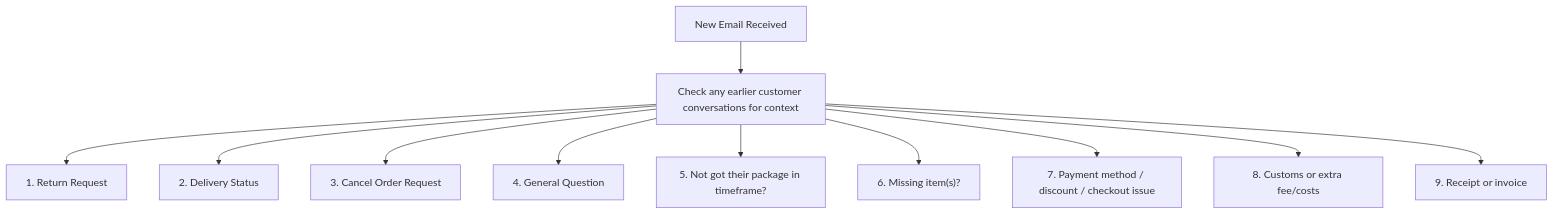
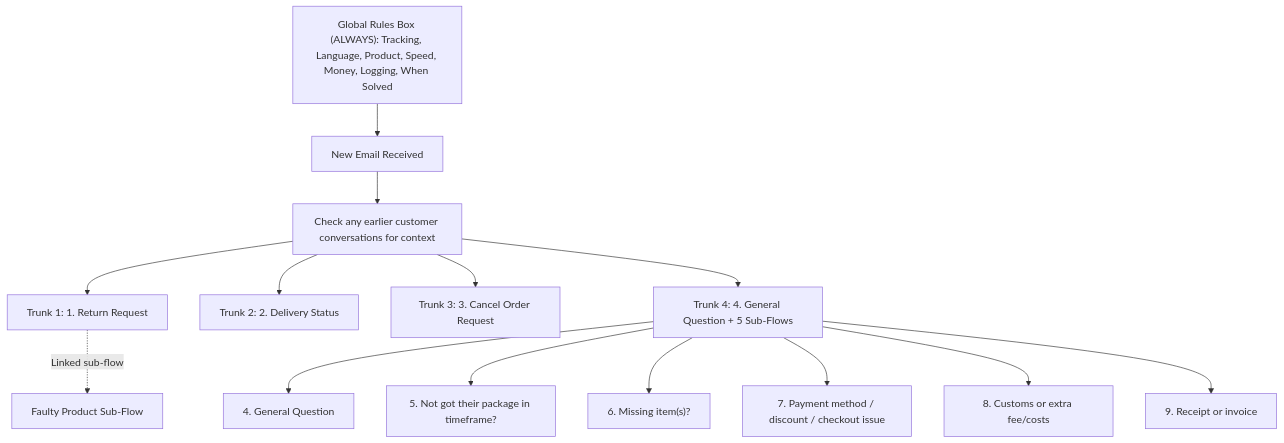
The first of 4 diagrams in openmausbot/acon/skills/business/sop-and-process-builder/references/case-1/README.md (HairyBlue/aorg), drawn with Mermaid before and after one commit. The commit also changed other lines of this file and 4 other files, not shown here.

````diff
--- a/openmausbot/acon/skills/business/sop-and-process-builder/references/case-1/README.md
+++ b/openmausbot/acon/skills/business/sop-and-process-builder/references/case-1/README.md
@@ -26,13 +28,19 @@
 ```mermaid
 flowchart TD
-    A["New Email Received"] --> B["Check any earlier customer conversations for context"]
-    B --> C1["1. Return Request"]
-    B --> C2["2. Delivery Status"]
-    B --> C3["3. Cancel Order Request"]
-    B --> C4["4. General Question"]
-    B --> C5["5. Not got their package in timeframe?"]
-    B --> C6["6. Missing item(s)?"]
-    B --> C7["7. Payment method / discount / checkout issue"]
-    B --> C8["8. Customs or extra fee/costs"]
-    B --> C9["9. Receipt or invoice"]
+    G["Global Rules Box (ALWAYS): Tracking, Language, Product, Speed, Money, Logging, When Solved"] --> A["New Email Received"]
+    A --> B["Check any earlier customer conversations for context"]
+
+    B --> T1["Trunk 1: 1. Return Request"]
+    T1 -. "Linked sub-flow" .-> T1F["Faulty Product Sub-Flow"]
+
+    B --> T2["Trunk 2: 2. Delivery Status"]
+    B --> T3["Trunk 3: 3. Cancel Order Request"]
+
+    B --> T4["Trunk 4: 4. General Question + 5 Sub-Flows"]
+    T4 --> C4["4. General Question"]
+    T4 --> C5["5. Not got their package in timeframe?"]
+    T4 --> C6["6. Missing item(s)?"]
+    T4 --> C7["7. Payment method / discount / checkout issue"]
+    T4 --> C8["8. Customs or extra fee/costs"]
+    T4 --> C9["9. Receipt or invoice"]
 ```
````
